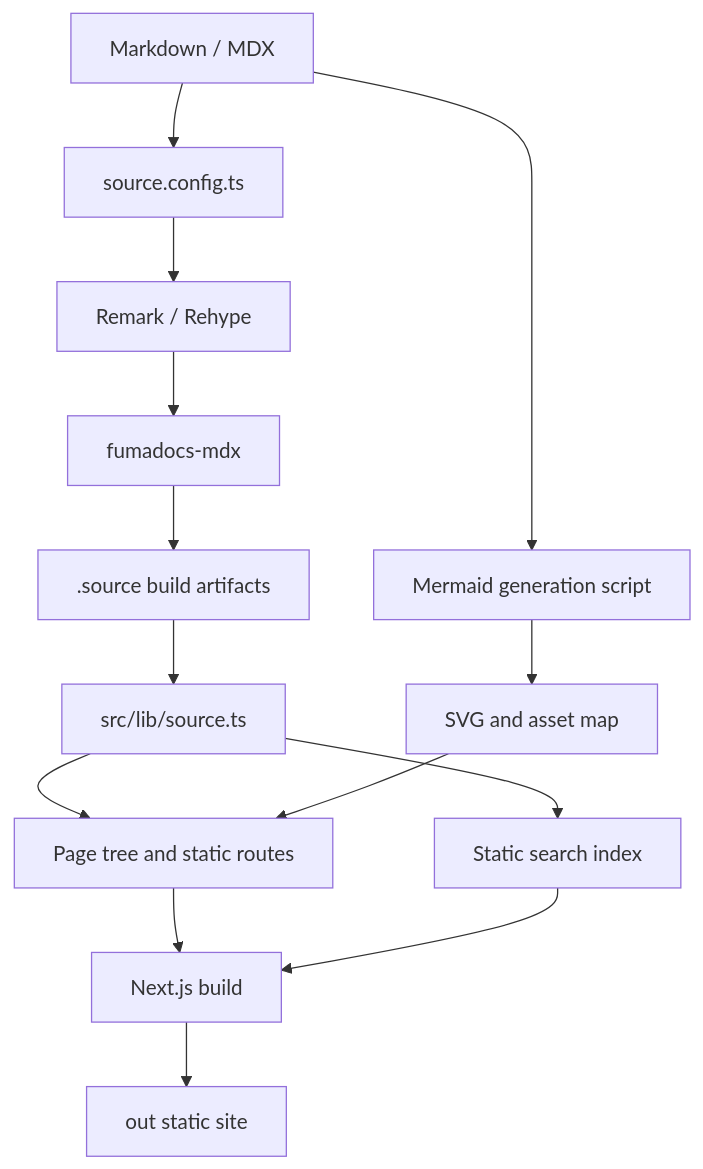
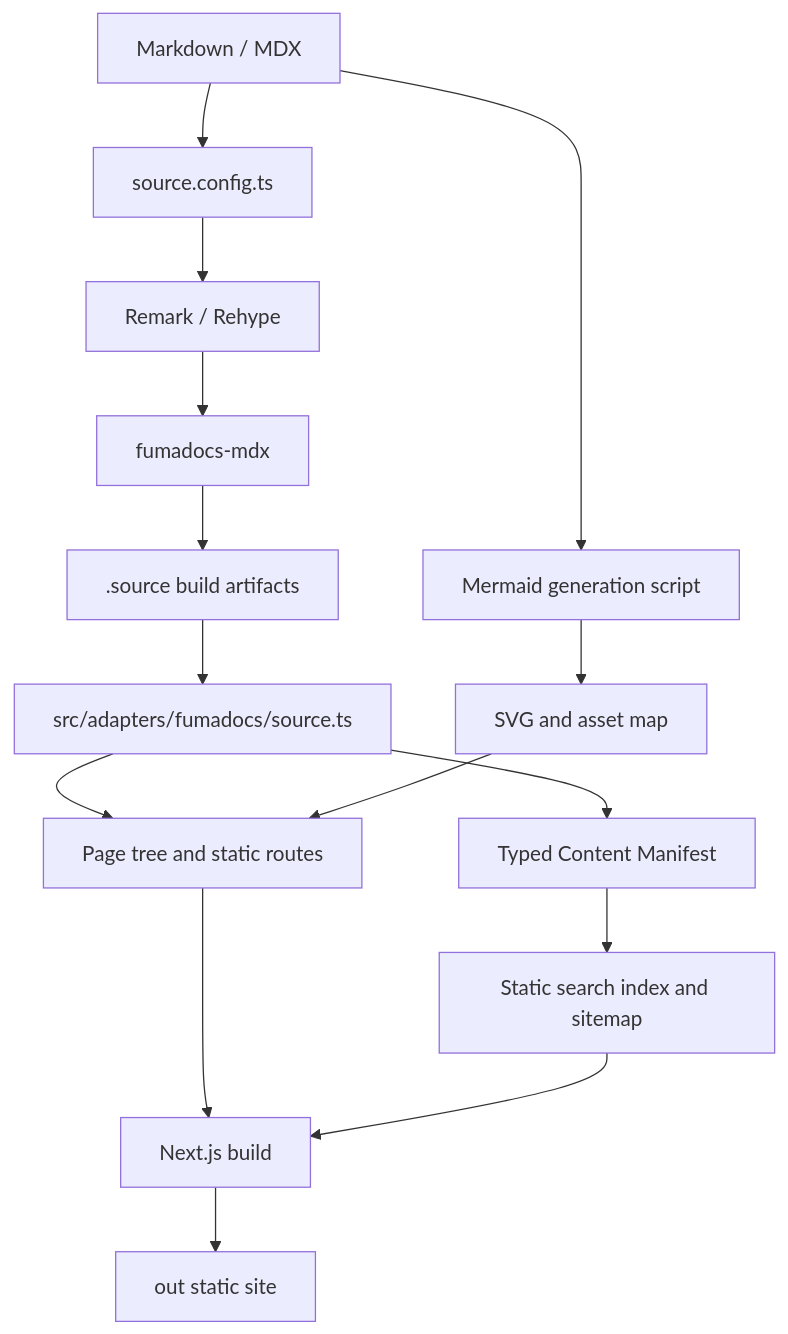
One commit to SSJ-ZYJ/Neoverse-Doc changed the diagram in content/docs/en/about/project/architecture.mdx. Above: the diagram before and after it, drawn with Mermaid. The commit also changed other lines of this file and 186 other files, not shown here.

First line of the commit message:
refactor(architecture): 重构项目目录与模块结构，收敛核心系统边界

````diff
--- a/content/docs/en/about/project/architecture.mdx
+++ b/content/docs/en/about/project/architecture.mdx
@@ -98,18 +98,19 @@
 ```mermaid
 flowchart TD
     A[Markdown / MDX] --> B[source.config.ts]
     B --> C[Remark / Rehype]
     C --> D[fumadocs-mdx]
     D --> E[.source build artifacts]
-    E --> F[src/lib/source.ts]
+    E --> F[src/adapters/fumadocs/source.ts]
     F --> G[Page tree and static routes]
     G --> H[Next.js build]
     H --> I[out static site]
 
     A --> J[Mermaid generation script]
     J --> K[SVG and asset map]
     K --> G
 
-    F --> L[Static search index]
-    L --> H
+    F --> L[Typed Content Manifest]
+    L --> M[Static search index and sitemap]
+    M --> H
 ```
````
